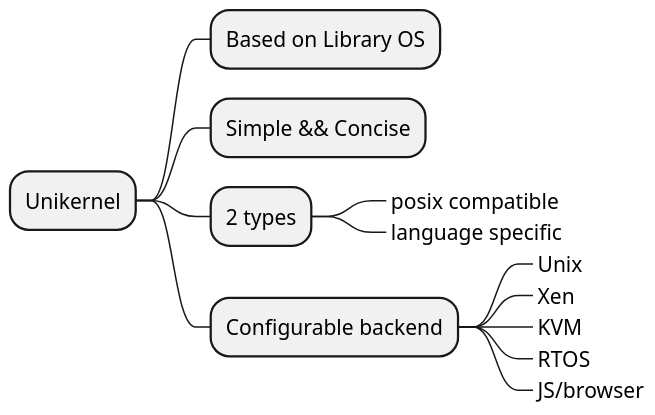
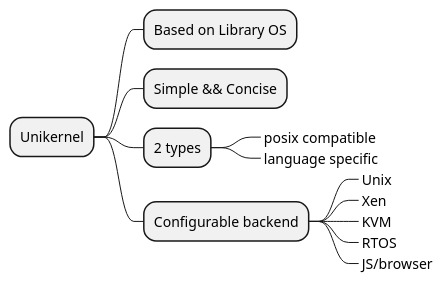
Before and after one commit to doyu/elc2019: the diagram in summary-unikernel.puml, drawn with PlantUML. The commit also changed 14 other files, not shown here.

```diff
--- a/summary-unikernel.puml
+++ b/summary-unikernel.puml
@@ -1,15 +1,14 @@
 @startmindmap
-scale 1.5
 * Unikernel
 ** Based on Library OS
 ** Simple && Concise
 ** 2 types
 ***_ posix compatible
 ***_ language specific
 ** Configurable backend
 ***_ Unix
 ***_ Xen
 ***_ KVM
 ***_ RTOS
 ***_ JS/browser
 @endmindmap
```
